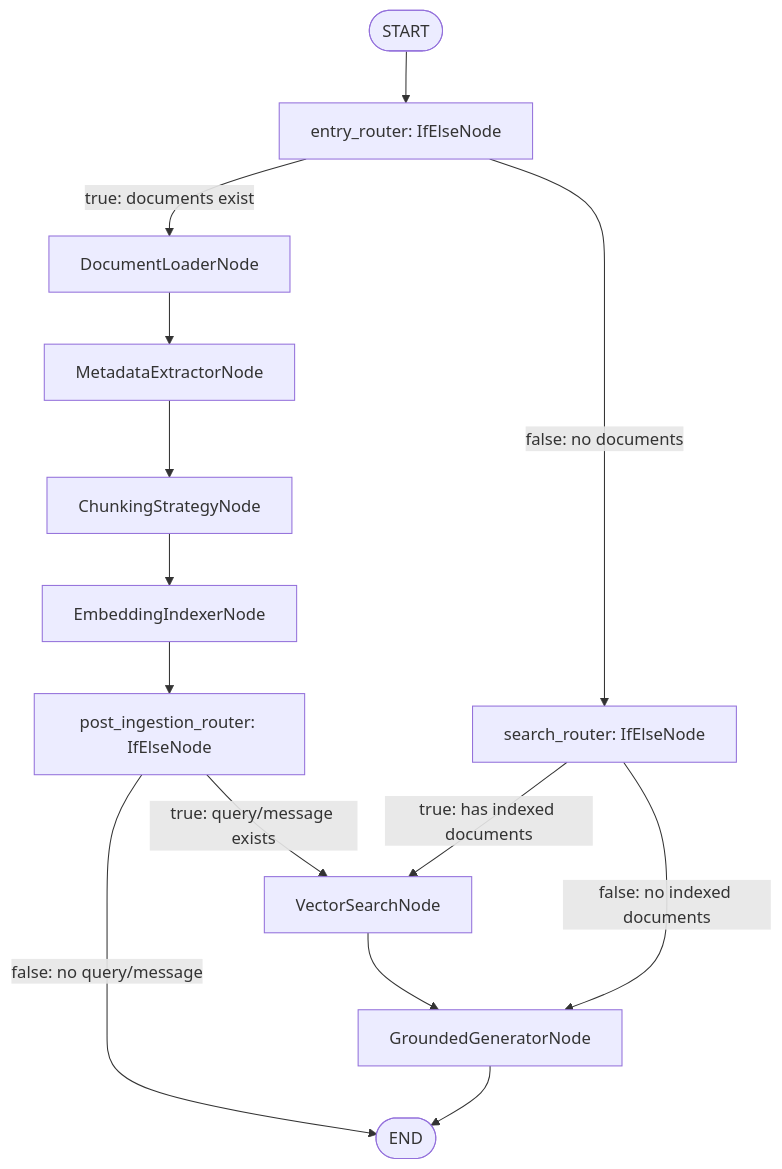
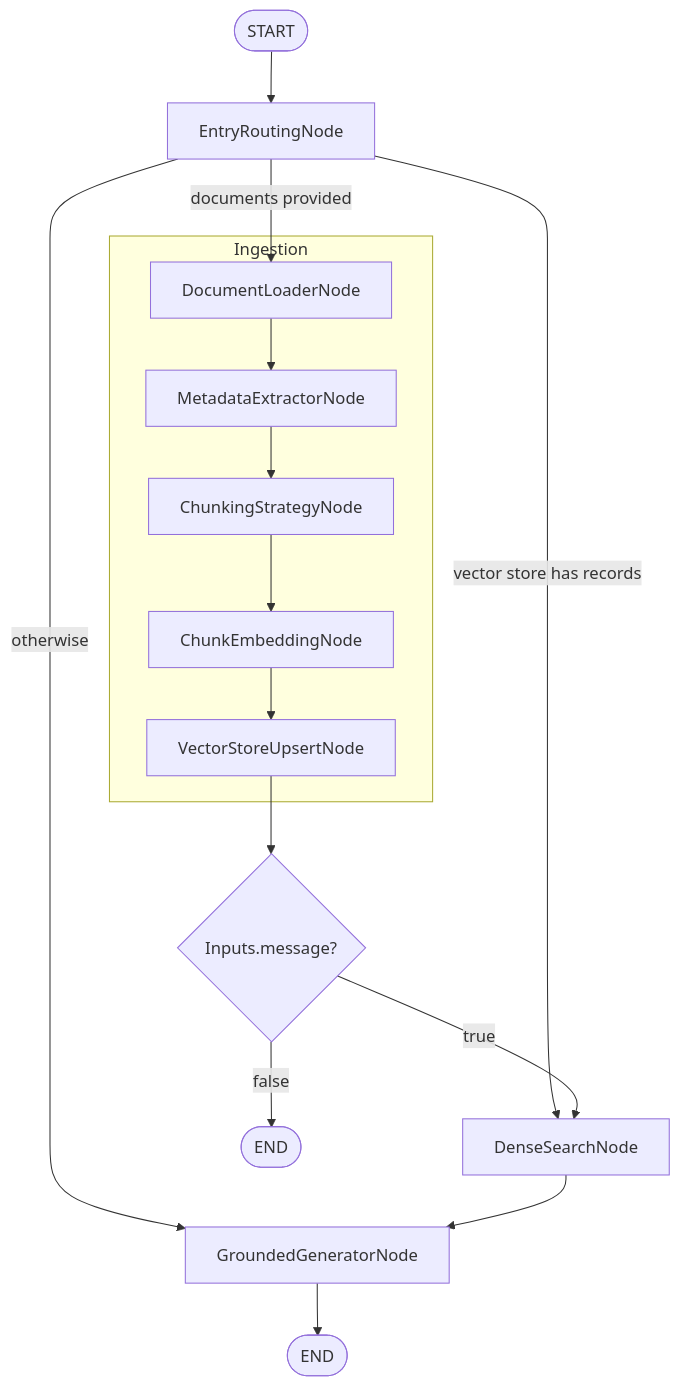
Before and after one commit to ShaojieJiang/orcheo: the second of 6 diagrams in docs/conversational_search/demo_design.md, drawn with Mermaid. The commit also changed other lines of this file and 48 other files, not shown here.

````diff
--- a/docs/conversational_search/demo_design.md
+++ b/docs/conversational_search/demo_design.md
@@ -35,22 +79,17 @@
 ```mermaid
-graph TD
-    Start([START]) --> EntryRouter[entry_router: IfElseNode]
+flowchart TD
+    start([START]) --> entry[EntryRoutingNode]
+    entry -->|documents provided| loader[DocumentLoaderNode]
+    entry -->|vector store has records| search[DenseSearchNode]
+    entry -->|otherwise| generator[GroundedGeneratorNode]
 
-    EntryRouter -->|true: documents exist| Loader[DocumentLoaderNode]
-    EntryRouter -->|false: no documents| SearchRouter[search_router: IfElseNode]
+    subgraph Ingestion
+        loader --> metadata[MetadataExtractorNode] --> chunking[ChunkingStrategyNode] --> chunk_embedding[ChunkEmbeddingNode] --> vector_upsert[VectorStoreUpsertNode]
+    end
 
-    Loader --> Metadata[MetadataExtractorNode]
-    Metadata --> Chunking[ChunkingStrategyNode]
-    Chunking --> Indexer[EmbeddingIndexerNode]
+    vector_upsert --> post{Inputs.message?}
+    post -->|true| search
+    post -->|false| end1([END])
 
-    Indexer --> PostRouter[post_ingestion_router: IfElseNode]
-    PostRouter -->|true: query/message exists| Search[VectorSearchNode]
-    PostRouter -->|false: no query/message| End([END])
-
-    Search --> Generator[GroundedGeneratorNode]
-
-    SearchRouter -->|true: has indexed documents| Search
-    SearchRouter -->|false: no indexed documents| Generator
-
-    Generator --> End
+    search --> generator --> end2([END])
 ```
````
